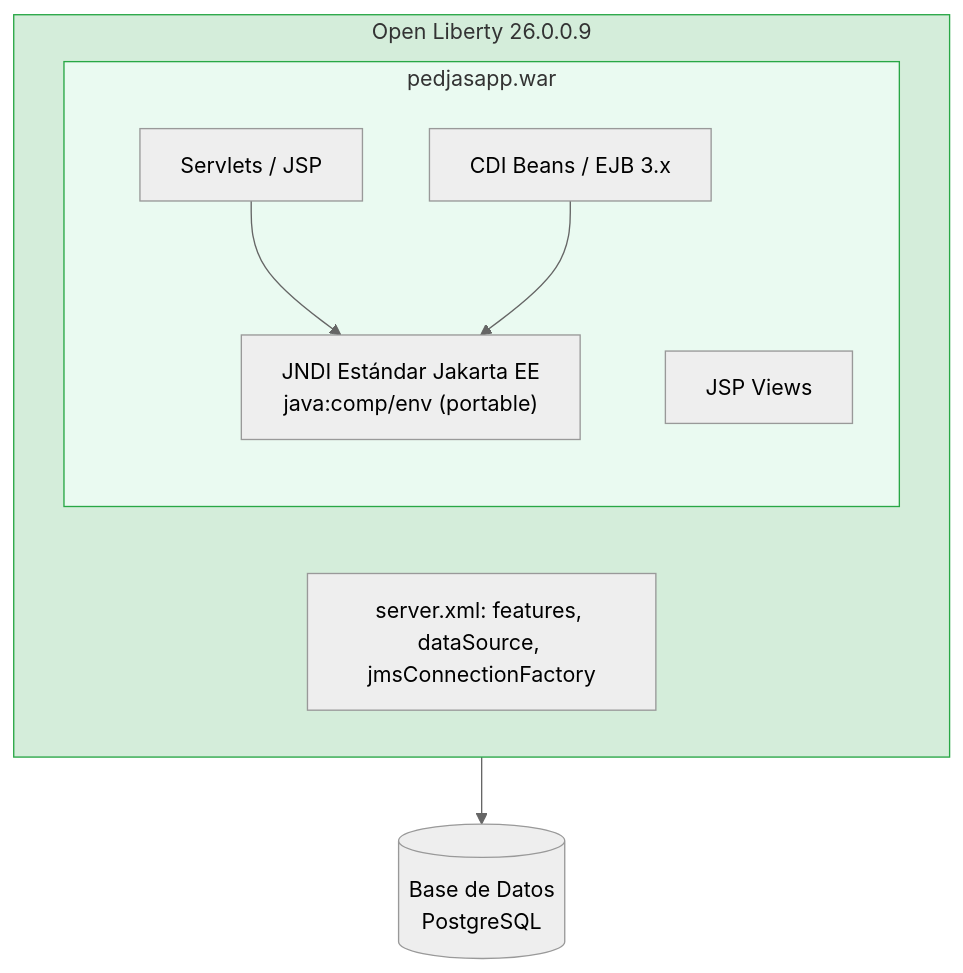
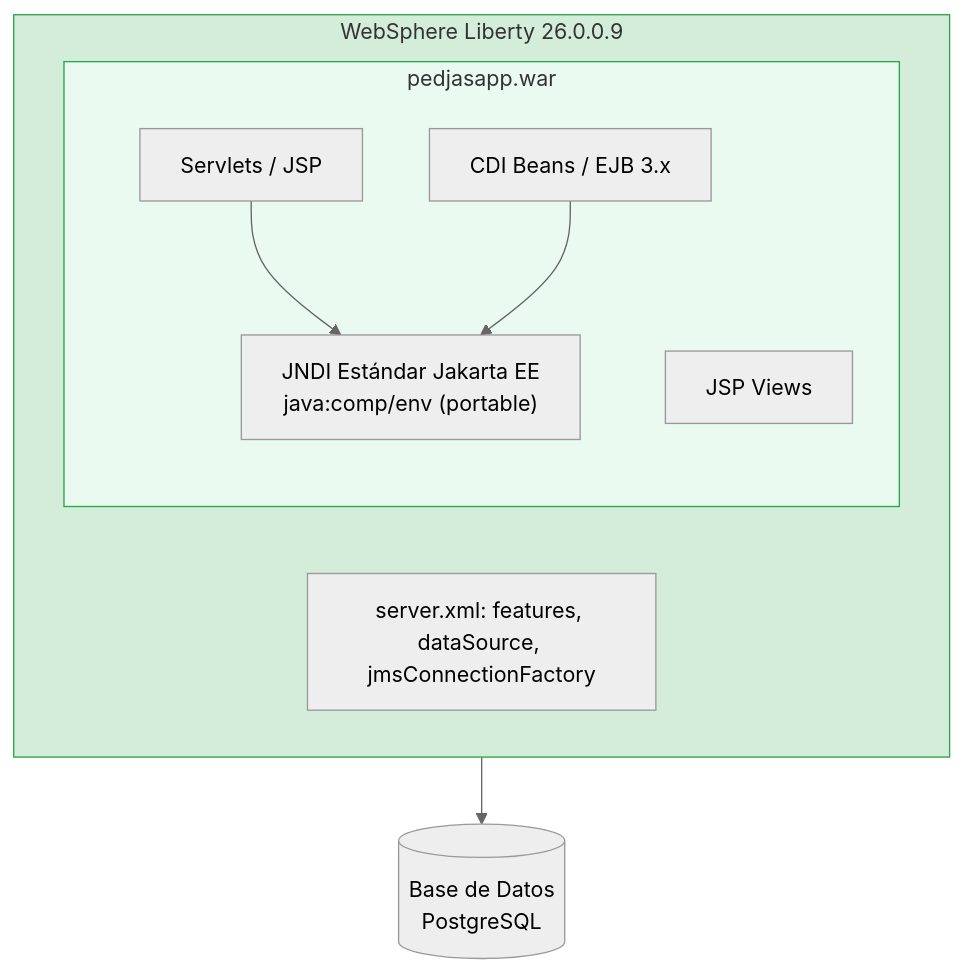
The second of 2 diagrams in docs/lab0/index.md (IBM-Automation-SPGI/java-mod-workshop), drawn with Mermaid (neutral theme) before and after one commit. The commit also changed other lines of this file and 23 other files, not shown here.

Commit message:
chore(workshop): update labs to WebSphere Liberty 26.0.0.9, Podman and automated E2E tests

````diff
--- a/docs/lab0/index.md
+++ b/docs/lab0/index.md
@@ -60,18 +60,18 @@
 ```mermaid
 graph TD
-    subgraph OL["Open Liberty 26.0.0.9"]
+    subgraph OL["WebSphere Liberty 26.0.0.9"]
         subgraph WAR["pedjasapp.war"]
             S2[Servlets / JSP]
             C[CDI Beans / EJB 3.x]
             J2[JSP Views]
             S2 --> JNDI2
             C --> JNDI2
             JNDI2["JNDI Estándar Jakarta EE\njava:comp/env  (portable)"]
         end
         CFG["server.xml: features, dataSource, jmsConnectionFactory"]
     end
     OL --> DB2[(Base de Datos\nPostgreSQL)]
 
     style OL fill:#d4edda,stroke:#28a745
     style WAR fill:#eafaf1,stroke:#28a745
 ```
````
